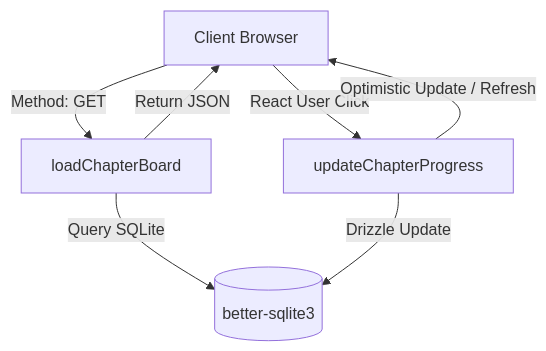
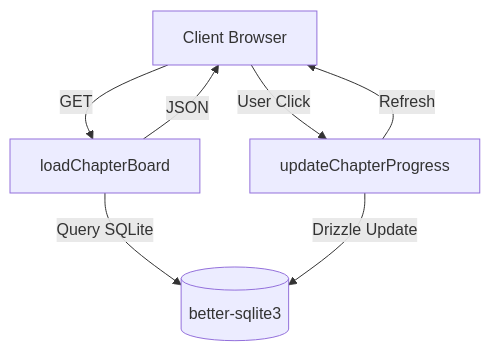
Before and after one commit to Arjun-G-04/sakthi-lms: the diagram in docs/architecture.md, drawn with Mermaid. The commit also changed other lines of this file and 25 other files, not shown here.

````diff
--- a/docs/architecture.md
+++ b/docs/architecture.md
@@ -18,9 +17,9 @@
 ```mermaid
 graph TD
-    Client[Client Browser] -->|Method: GET| FetchFn[loadChapterBoard]
+    Client[Client Browser] -->|GET| FetchFn[loadChapterBoard]
     FetchFn -->|Query SQLite| DB[(better-sqlite3)]
-    FetchFn -->|Return JSON| Client
-    Client -->|React User Click| MutationFn[updateChapterProgress]
+    FetchFn -->|JSON| Client
+    Client -->|User Click| MutationFn[updateChapterProgress]
     MutationFn -->|Drizzle Update| DB
-    MutationFn -->|Optimistic Update / Refresh| Client
+    MutationFn -->|Refresh| Client
 ```
````
